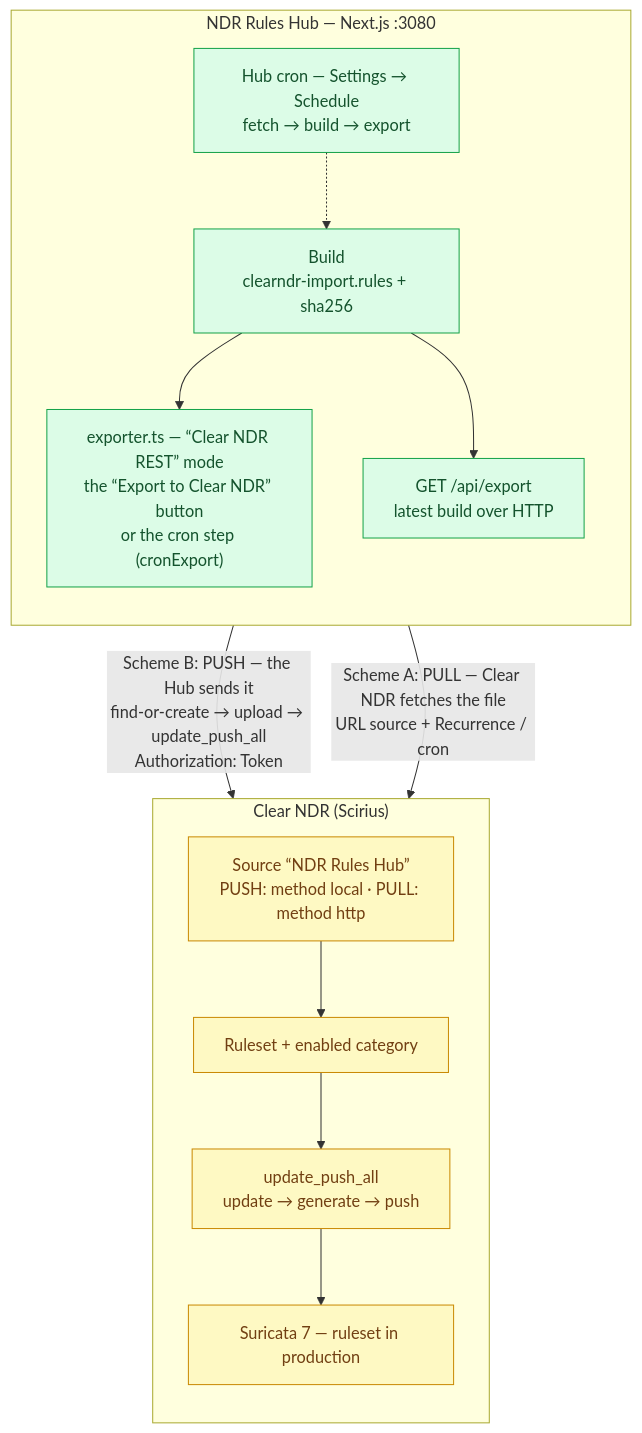
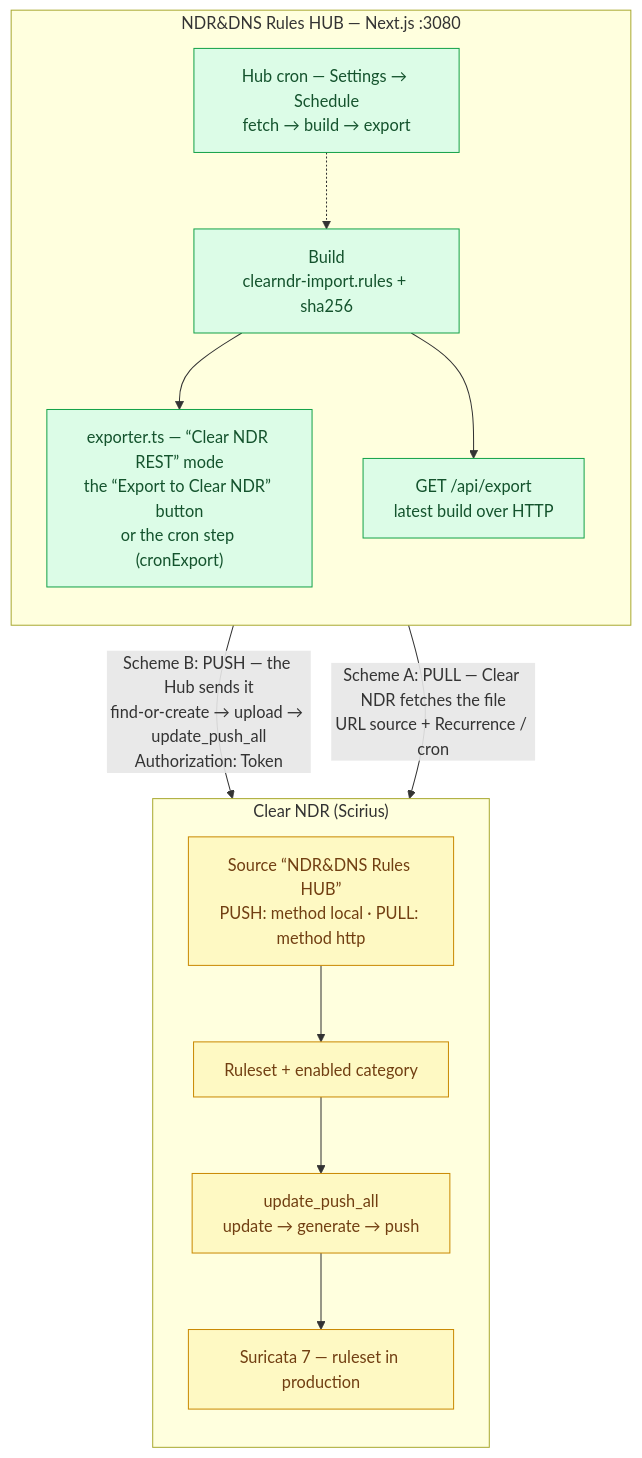
One commit to NoIDXMV6/ndr-rules-hub changed the seventh of 9 diagrams in architecture.en.md. Above: the diagram before and after it, drawn with Mermaid. The commit also changed other lines of this file and 64 other files, not shown here.

````diff
--- a/architecture.en.md
+++ b/architecture.en.md
@@ -567,32 +567,32 @@
 ```mermaid
 flowchart TB
-    subgraph HUB["NDR Rules Hub — Next.js :3080"]
+    subgraph HUB["NDR&DNS Rules HUB — Next.js :3080"]
         direction TB
         BLD["Build<br/>clearndr-import.rules + sha256"]
         CRON["Hub cron — Settings → Schedule<br/>fetch → build → export"]
         REST["exporter.ts — “Clear NDR REST” mode<br/>the “Export to Clear NDR” button<br/>or the cron step (cronExport)"]
         PULLAPI["GET /api/export<br/>latest build over HTTP"]
         BLD --> REST
         BLD --> PULLAPI
         CRON -.-> BLD
     end
 
     subgraph CNDR["Clear NDR (Scirius)"]
         direction TB
-        SRC["Source “NDR Rules Hub”<br/>PUSH: method local · PULL: method http"]
+        SRC["Source “NDR&DNS Rules HUB”<br/>PUSH: method local · PULL: method http"]
         RS["Ruleset + enabled category"]
         UPALL["update_push_all<br/>update → generate → push"]
         SUR["Suricata 7 — ruleset in production"]
         SRC --> RS
         RS --> UPALL
         UPALL --> SUR
     end
 
     REST -- "Scheme B: PUSH — the Hub sends it<br/>find-or-create → upload → update_push_all<br/>Authorization: Token" --> SRC
     PULLAPI -- "Scheme A: PULL — Clear NDR fetches the file<br/>URL source + Recurrence / cron" --> SRC
 
     classDef engine fill:#dcfce7,stroke:#16a34a,color:#14532d
     classDef ext fill:#fef9c3,stroke:#ca8a04,color:#713f12
     class BLD,CRON,REST,PULLAPI engine
     class SRC,RS,UPALL,SUR ext
 ```
````
